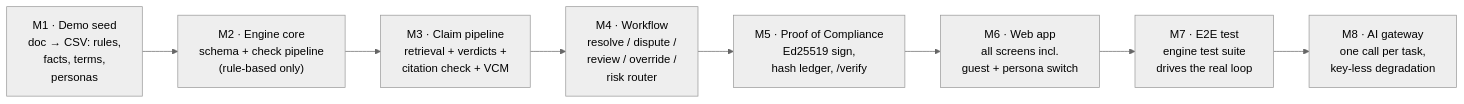
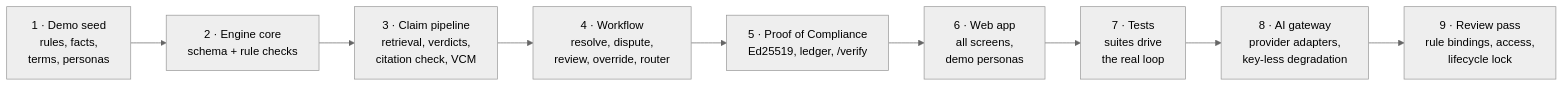
One commit to Dhruv-Puri/Canonry changed the first of 2 diagrams in docs/approach.md. Above: the diagram before and after it, drawn with Mermaid (neutral theme). The commit also changed other lines of this file and 70 other files, not shown here.

````diff
--- a/docs/approach.md
+++ b/docs/approach.md
@@ -29,11 +32,28 @@
 ```mermaid
 flowchart LR
-    M1["M1 · Demo seed\ndoc → CSV: rules,\nfacts, terms,\npersonas"] -->
-    M2["M2 · Engine core\nschema + check pipeline\n(rule-based only)"] -->
-    M3["M3 · Claim pipeline\nretrieval + verdicts +\ncitation check + VCM"] -->
-    M4["M4 · Workflow\nresolve / dispute /\nreview / override /\nrisk router"] -->
-    M5["M5 · Proof of Compliance\nEd25519 sign,\nhash ledger, /verify"] -->
-    M6["M6 · Web app\nall screens incl.\nguest + persona switch"] -->
-    M7["M7 · E2E test\nengine test suite\ndrives the real loop"] -->
-    M8["M8 · AI gateway\none call per task,\nkey-less degradation"]
+    S1["1 · Demo seed
+rules, facts,
+terms, personas"] -->
+    S2["2 · Engine core
+schema + rule checks"] -->
+    S3["3 · Claim pipeline
+retrieval, verdicts,
+citation check, VCM"] -->
+    S4["4 · Workflow
+resolve, dispute,
+review, override, router"] -->
+    S5["5 · Proof of Compliance
+Ed25519, ledger, /verify"] -->
+    S6["6 · Web app
+all screens,
+demo personas"] -->
+    S7["7 · Tests
+suites drive
+the real loop"] -->
+    S8["8 · AI gateway
+provider adapters,
+key-less degradation"] -->
+    S9["9 · Review pass
+rule bindings, access,
+lifecycle lock"]
 ```
````
